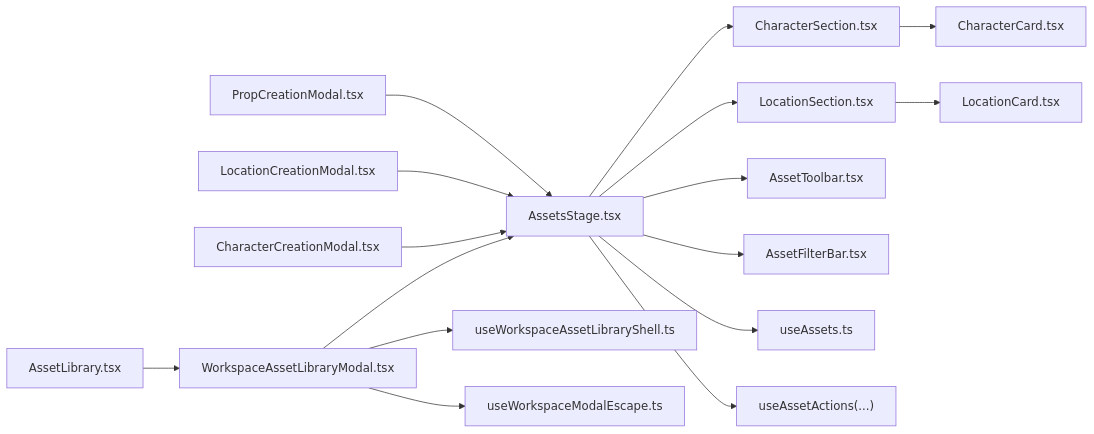
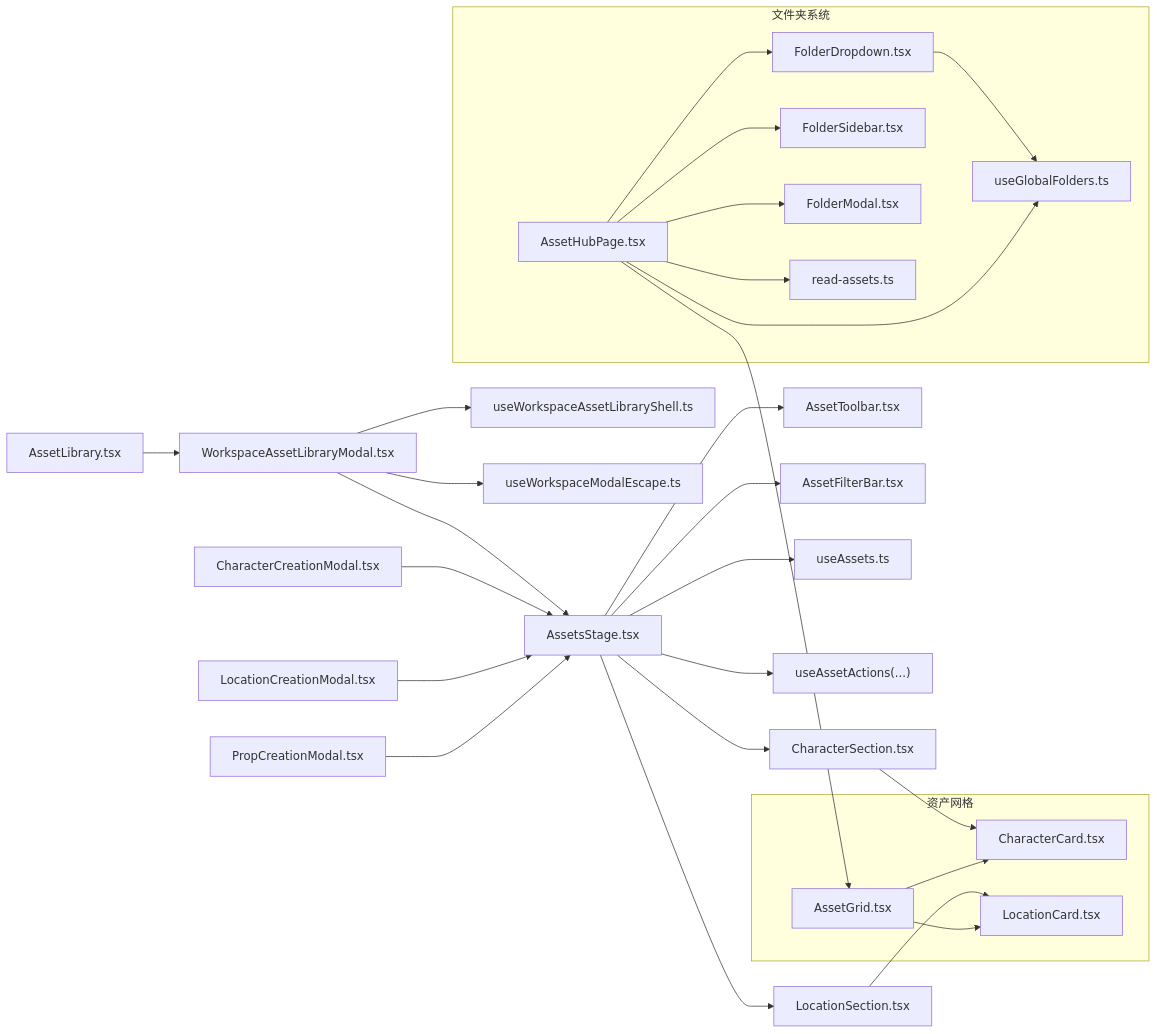
The fourth of 4 diagrams in .qoder/repowiki/zh/content/前端组件架构/工作区组件/资产管理组件.md (lyl2021/waoowaoo), drawn with Mermaid before and after one commit. The commit also changed other lines of this file and 18 other files, not shown here.

````diff
--- a/.qoder/repowiki/zh/content/前端组件架构/工作区组件/资产管理组件.md
+++ b/.qoder/repowiki/zh/content/前端组件架构/工作区组件/资产管理组件.md
@@ -295,18 +393,31 @@
 ```mermaid
 graph LR
 AS["AssetsStage.tsx"] --> CS["CharacterSection.tsx"]
 AS --> LS["LocationSection.tsx"]
 AS --> AT["AssetToolbar.tsx"]
 AS --> AF["AssetFilterBar.tsx"]
 CS --> CC["CharacterCard.tsx"]
 LS --> LC["LocationCard.tsx"]
 AS --> UA["useAssets.ts"]
 AS --> UAA["useAssetActions(...)"]
 WALM["WorkspaceAssetLibraryModal.tsx"] --> AS
 AL["AssetLibrary.tsx"] --> WALM
 CCM["CharacterCreationModal.tsx"] --> AS
 LCM["LocationCreationModal.tsx"] --> AS
 PCM["PropCreationModal.tsx"] --> AS
 WALM --> UWS["useWorkspaceAssetLibraryShell.ts"]
 WALM --> UWE["useWorkspaceModalEscape.ts"]
+subgraph "文件夹系统"
+AH["AssetHubPage.tsx"] --> FD["FolderDropdown.tsx"]
+AH --> FS["FolderSidebar.tsx"]
+AH --> FM["FolderModal.tsx"]
+FD --> UGF["useGlobalFolders.ts"]
+AH --> UGF
+AH --> RGA["read-assets.ts"]
+end
+subgraph "资产网格"
+AH --> AG["AssetGrid.tsx"]
+AG --> CC["CharacterCard.tsx"]
+AG --> LC["LocationCard.tsx"]
+end
 ```
````
